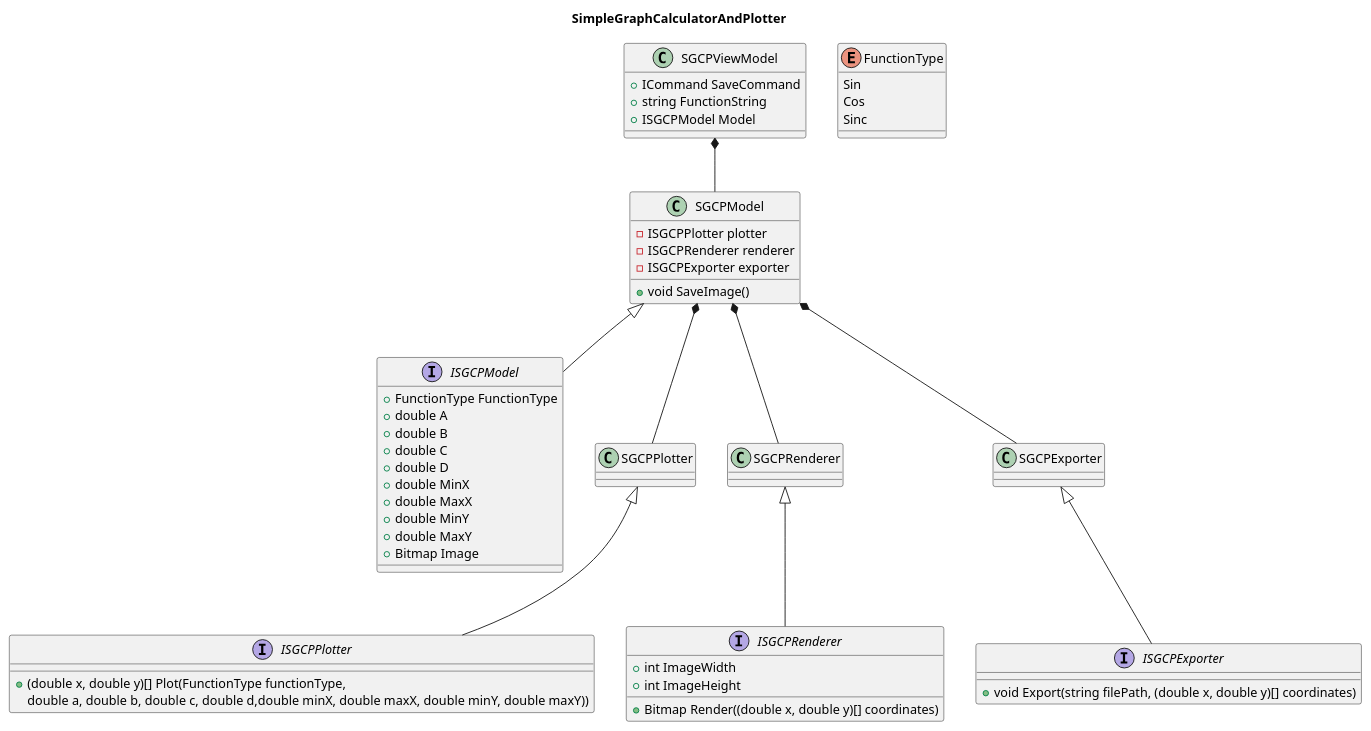
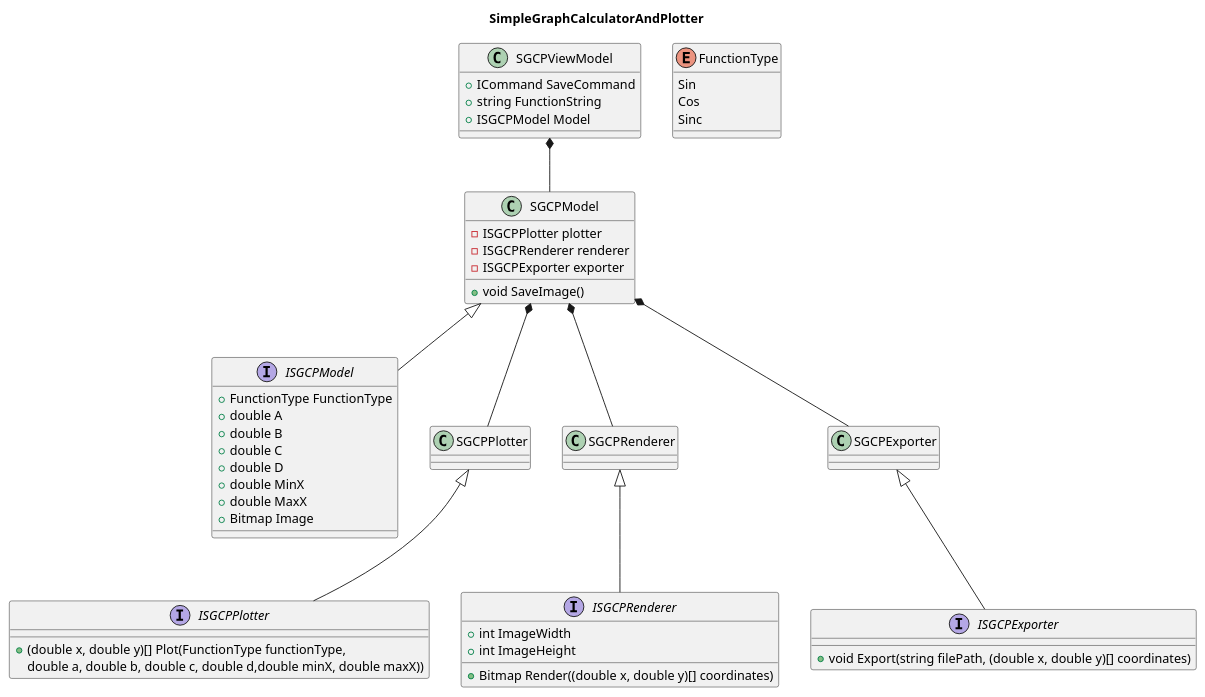
Before and after one commit to Feldruebe/SimpleGraphCalculatorAndPlotter: the diagram in SimpleGraphCalculatorAndPlotter/Analysis/Classes.puml, drawn with PlantUML. The commit also changed 9 other files, not shown here.

Commit message:
Removed MinY and MaxY

```diff
--- a/SimpleGraphCalculatorAndPlotter/Analysis/Classes.puml
+++ b/SimpleGraphCalculatorAndPlotter/Analysis/Classes.puml
@@ -1,75 +1,73 @@
 @startuml
 'https://plantuml.com/de/class-diagram
 
 title SimpleGraphCalculatorAndPlotter
 
 interface ISGCPModel
 interface ISGCPPlotter
 interface ISGCPRenderer
 interface ISGCPExporter
 
 SGCPModel <|-- ISGCPModel
 SGCPPlotter <|-- ISGCPPlotter
 SGCPRenderer <|-- ISGCPRenderer
 SGCPExporter <|-- ISGCPExporter
 
 SGCPViewModel *-- SGCPModel
 SGCPModel *-- SGCPPlotter
 SGCPModel *-- SGCPRenderer
 SGCPModel *-- SGCPExporter
 
 enum FunctionType 
 {
     Sin
     Cos
     Sinc
 }
 
 class SGCPViewModel
 {
     +ICommand SaveCommand
     +string FunctionString
     +ISGCPModel Model
 }
 
 class SGCPModel
 {
     +void SaveImage()
     -ISGCPPlotter plotter
     -ISGCPRenderer renderer
     -ISGCPExporter exporter
 }
 
 interface ISGCPModel
 {
     +FunctionType FunctionType
     +double A
     +double B
     +double C
     +double D
     +double MinX
     +double MaxX
-    +double MinY
-    +double MaxY
     +Bitmap Image
 }
 
 interface ISGCPPlotter
 {
     +(double x, double y)[] Plot(FunctionType functionType, 
-    double a, double b, double c, double d,double minX, double maxX, double minY, double maxY))
+    double a, double b, double c, double d,double minX, double maxX))
 }
 
 interface ISGCPRenderer
 {
     +int ImageWidth
     +int ImageHeight
     +Bitmap Render((double x, double y)[] coordinates)
 }
 
 interface ISGCPExporter
 {
     +void Export(string filePath, (double x, double y)[] coordinates)
 }
 
 @enduml
```
